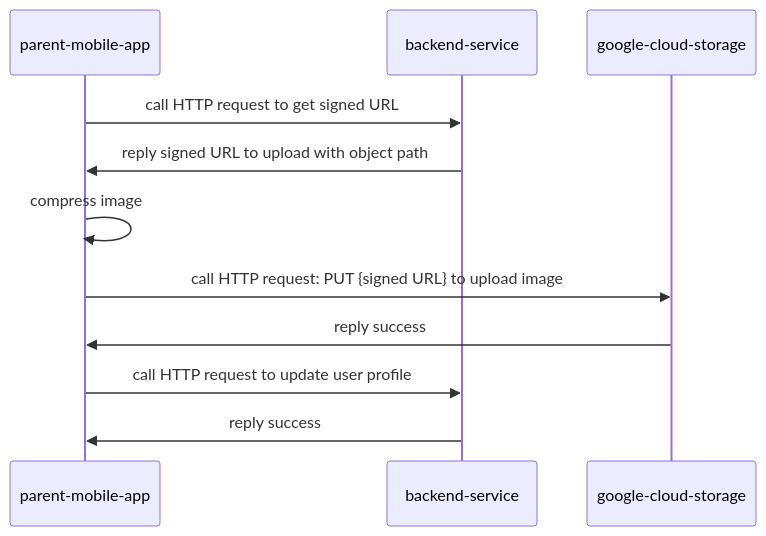
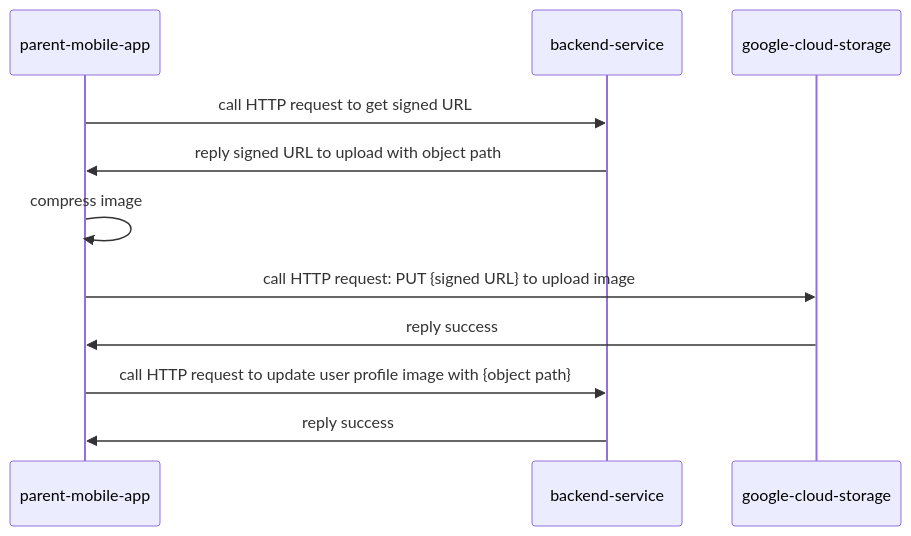
Before and after one commit to school-carpool-pickup/school-carpool-pickup.github.io: the diagram in pages/update-user-profile-image.mdx, drawn with Mermaid. The commit also changed other lines of this file, not shown here.

````diff
--- a/pages/update-user-profile-image.mdx
+++ b/pages/update-user-profile-image.mdx
@@ -7,14 +7,14 @@
 ```mermaid
 sequenceDiagram
 participant pma as parent-mobile-app
 participant bs as backend-service
 participant gcs as google-cloud-storage
 
 pma ->> bs: call HTTP request to get signed URL
 bs ->> pma: reply signed URL to upload with object path
 pma ->> pma: compress image
 pma ->> gcs: call HTTP request: PUT {signed URL} to upload image
 gcs ->> pma: reply success
-pma ->> bs: call HTTP request to update user profile
+pma ->> bs: call HTTP request to update user profile image with {object path}
 bs ->> pma: reply success
 ```
````
